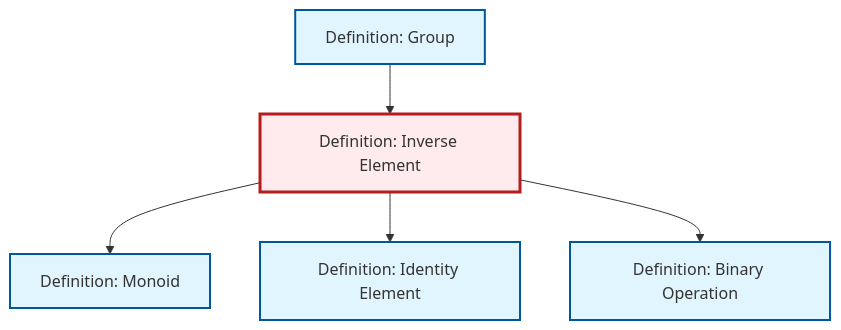
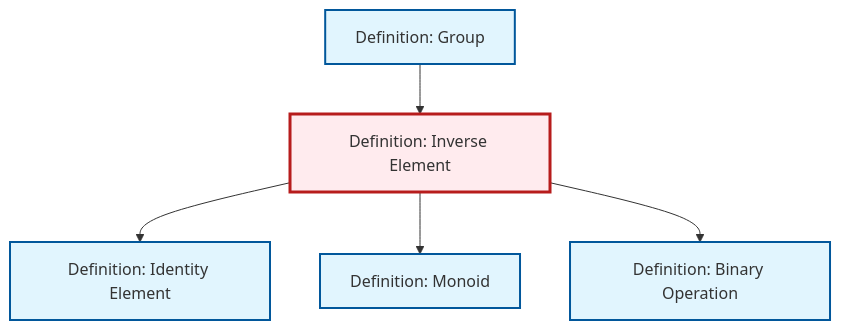
One commit to RK0429/ModernMath changed the diagram in content/en/algebra/def-inverse-element.qmd. Above: the diagram before and after it, drawn with Mermaid. The commit also changed other lines of this file and 634 other files, not shown here.

````diff
--- a/content/en/algebra/def-inverse-element.qmd
+++ b/content/en/algebra/def-inverse-element.qmd
@@ -84,23 +84,23 @@
 ```{mermaid}
 %%| fig-cap: "Local dependency graph"
 graph TD
     classDef definition fill:#e1f5fe,stroke:#01579b,stroke-width:2px
     classDef theorem fill:#f3e5f5,stroke:#4a148c,stroke-width:2px
     classDef axiom fill:#fff3e0,stroke:#e65100,stroke-width:2px
     classDef example fill:#e8f5e9,stroke:#1b5e20,stroke-width:2px
     classDef current fill:#ffebee,stroke:#b71c1c,stroke-width:3px
+    def-monoid["Definition: Monoid"]:::definition
+    def-group["Definition: Group"]:::definition
     def-binary-operation["Definition: Binary Operation"]:::definition
-    def-group["Definition: Group"]:::definition
     def-inverse-element["Definition: Inverse Element"]:::definition
-    def-monoid["Definition: Monoid"]:::definition
     def-identity-element["Definition: Identity Element"]:::definition
+    def-inverse-element --> def-identity-element
     def-inverse-element --> def-monoid
     def-group --> def-inverse-element
-    def-inverse-element --> def-identity-element
     def-inverse-element --> def-binary-operation
     class def-inverse-element current
+    click def-monoid "def-monoid.html" "Go to Monoid definition"
+    click def-group "def-group.html" "Go to Group definition"
     click def-binary-operation "def-binary-operation.html" "Go to Binary Operation definition"
-    click def-group "def-group.html" "Go to Group definition"
-    click def-monoid "def-monoid.html" "Go to Monoid definition"
     click def-identity-element "def-identity-element.html" "Go to Identity Element definition"
 ```
````
